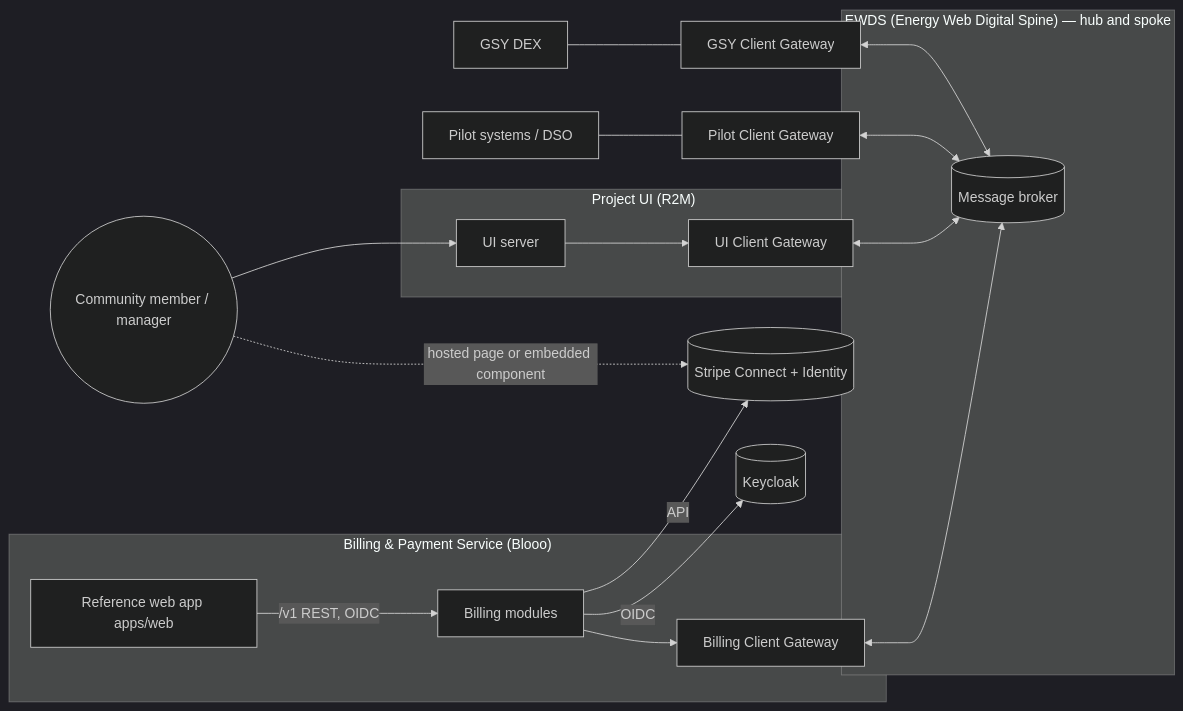
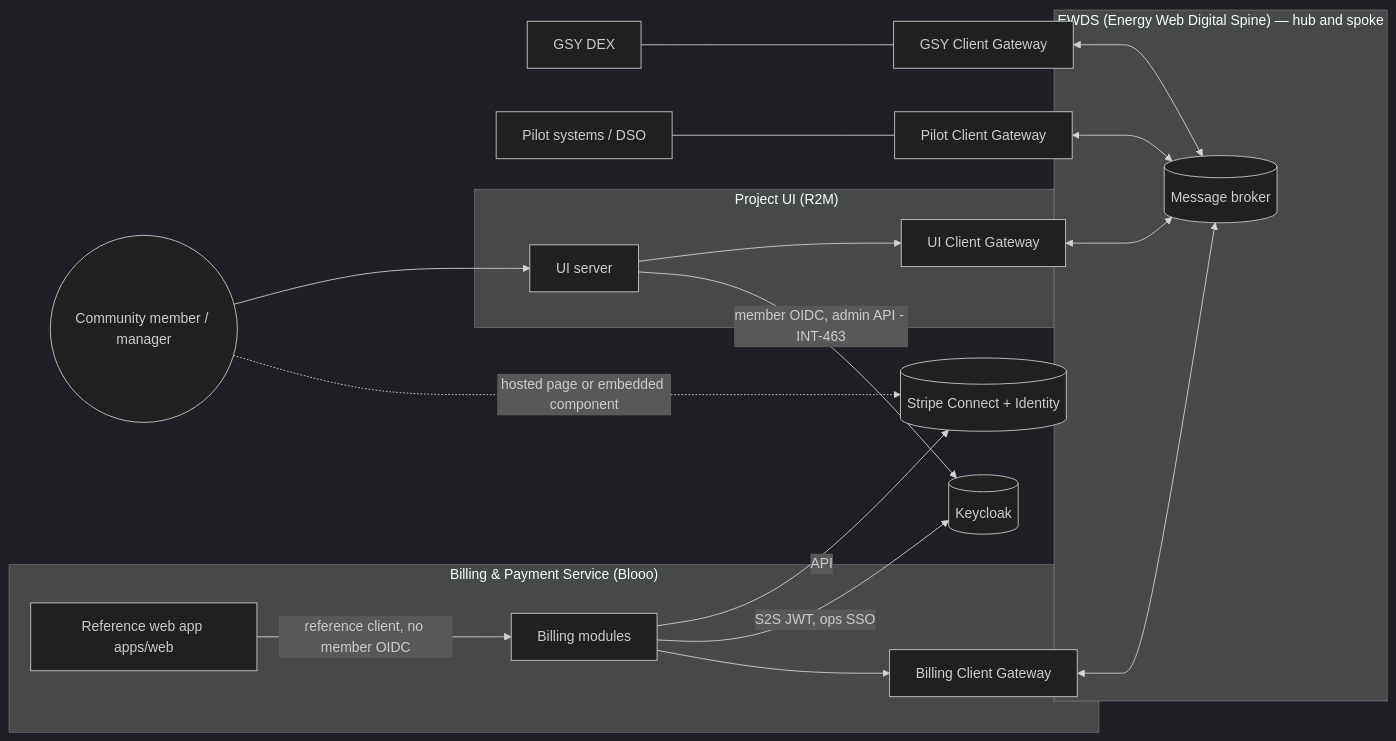
The first of 8 diagrams in docs/architecture/01-functional-architecture.md (blooo-io/intelligent-eu-bps-source), drawn with Mermaid (dark theme) before and after one commit. The commit also changed other lines of this file and 49 other files, not shown here.

First line of the commit message:
feat(INT-463): R2M owns member IdP; BPS S2S Keycloak only

````diff
--- a/docs/architecture/01-functional-architecture.md
+++ b/docs/architecture/01-functional-architecture.md
@@ -56,29 +56,30 @@
 ```mermaid
 %% elk %%
 flowchart LR
   subgraph EWDS["EWDS (Energy Web Digital Spine) — hub and spoke"]
     MB[(Message broker)]
   end
   subgraph BPS["Billing & Payment Service (Blooo)"]
     CGWB[Billing Client Gateway]
     CORE[Billing modules]
     WEB[Reference web app apps/web]
   end
   subgraph UI["Project UI (R2M)"]
     UIS[UI server]
     CGWU[UI Client Gateway]
   end
   GSY[GSY DEX] --- CGWG[GSY Client Gateway]
   PILOT[Pilot systems / DSO] --- CGWP[Pilot Client Gateway]
   CGWG <--> MB
   CGWP <--> MB
   CGWU <--> MB
   CGWB <--> MB
   UIS --> CGWU
   CORE --> CGWB
-  WEB -->|/v1 REST, OIDC| CORE
+  WEB -->|reference client, no member OIDC| CORE
   CORE -->|API| STRIPE[(Stripe Connect + Identity)]
-  CORE -->|OIDC| KC[(Keycloak)]
+  CORE -->|S2S JWT, ops SSO| KC[(Keycloak)]
+  UIS -->|member OIDC, admin API - INT-463| KC
   USER((Community member / manager)) --> UIS
   USER -.->|hosted page or embedded component| STRIPE
 ```
````
